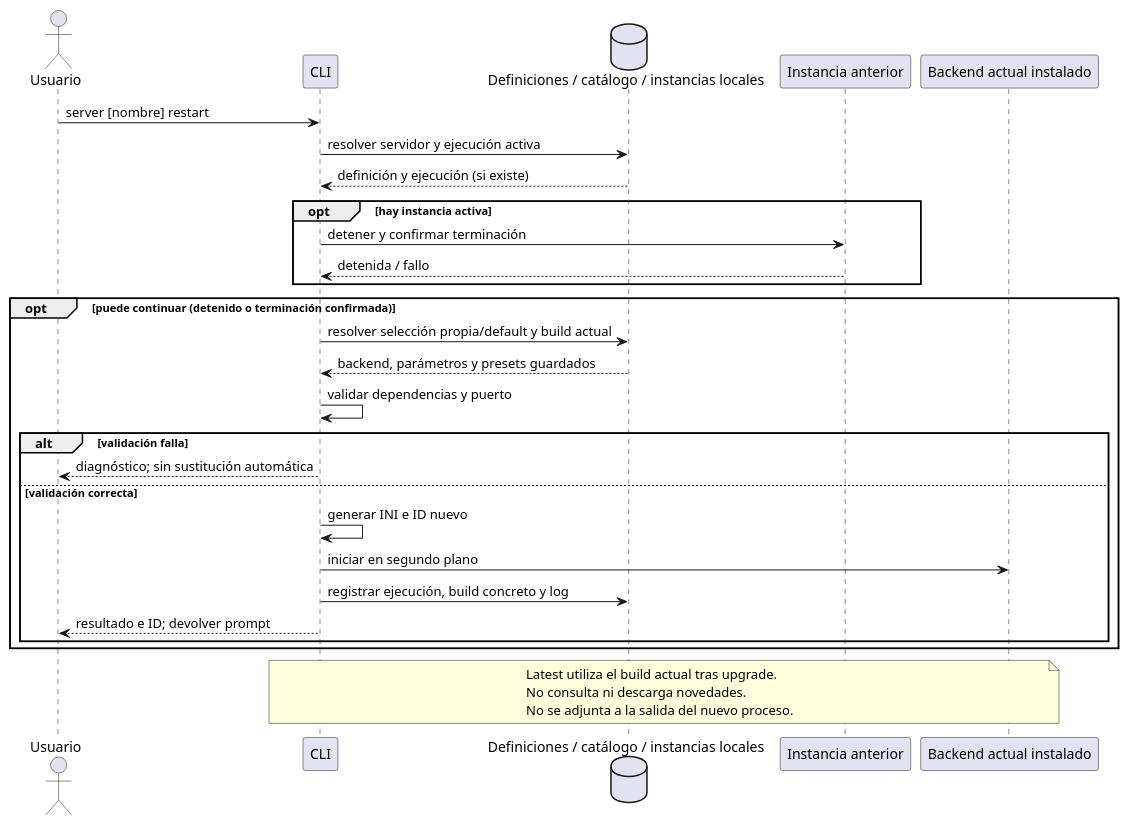
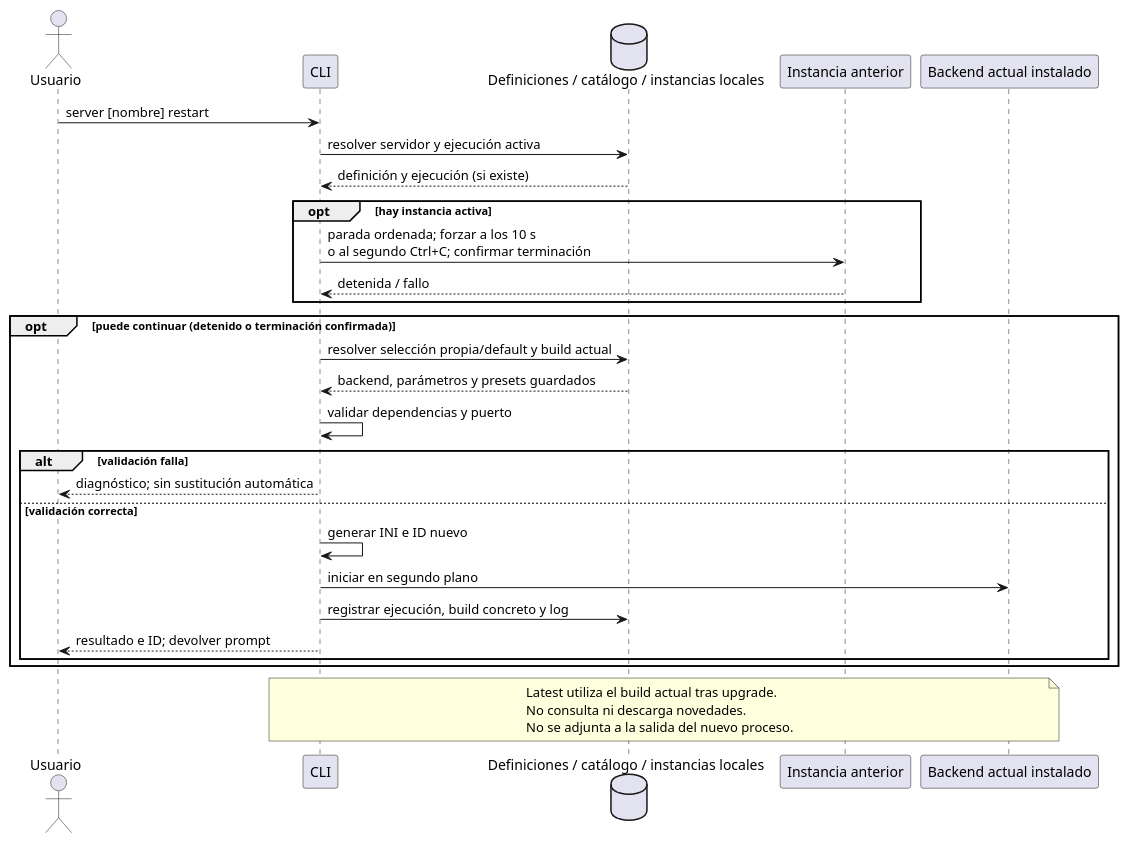
One commit to mstranich/coquena changed the eighth of 9 diagrams in docs/secuencias.md. Above: the diagram before and after it, drawn with PlantUML. The commit also changed other lines of this file and 17 other files, not shown here.

````diff
--- a/docs/secuencias.md
+++ b/docs/secuencias.md
@@ -621,34 +620,34 @@
 ```plantuml
 @startuml
 actor Usuario
 participant CLI
 database "Definiciones / catálogo / instancias locales" as I
 participant "Instancia anterior" as A
 participant "Backend actual instalado" as B
 Usuario -> CLI : server [nombre] restart
 CLI -> I : resolver servidor y ejecución activa
 I --> CLI : definición y ejecución (si existe)
 opt hay instancia activa
-  CLI -> A : detener y confirmar terminación
+  CLI -> A : parada ordenada; forzar a los 10 s\no al segundo Ctrl+C; confirmar terminación
   A --> CLI : detenida / fallo
 end
 opt puede continuar (detenido o terminación confirmada)
   CLI -> I : resolver selección propia/default y build actual
   I --> CLI : backend, parámetros y presets guardados
   CLI -> CLI : validar dependencias y puerto
   alt validación falla
     CLI --> Usuario : diagnóstico; sin sustitución automática
   else validación correcta
     CLI -> CLI : generar INI e ID nuevo
     CLI -> B : iniciar en segundo plano
     CLI -> I : registrar ejecución, build concreto y log
     CLI --> Usuario : resultado e ID; devolver prompt
   end
 end
 note over CLI,B
   Latest utiliza el build actual tras upgrade.
   No consulta ni descarga novedades.
   No se adjunta a la salida del nuevo proceso.
 end note
 @enduml
 ```
````
